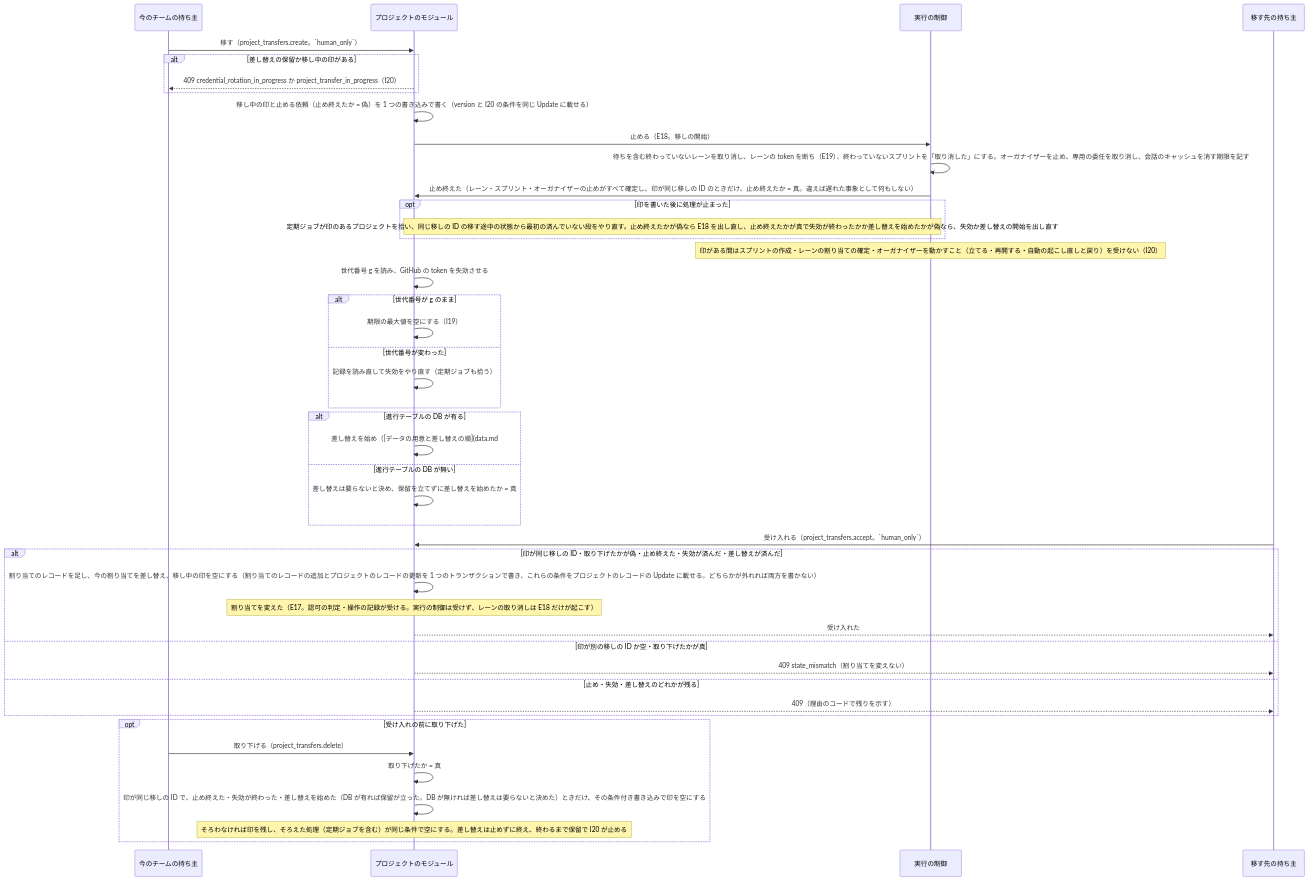
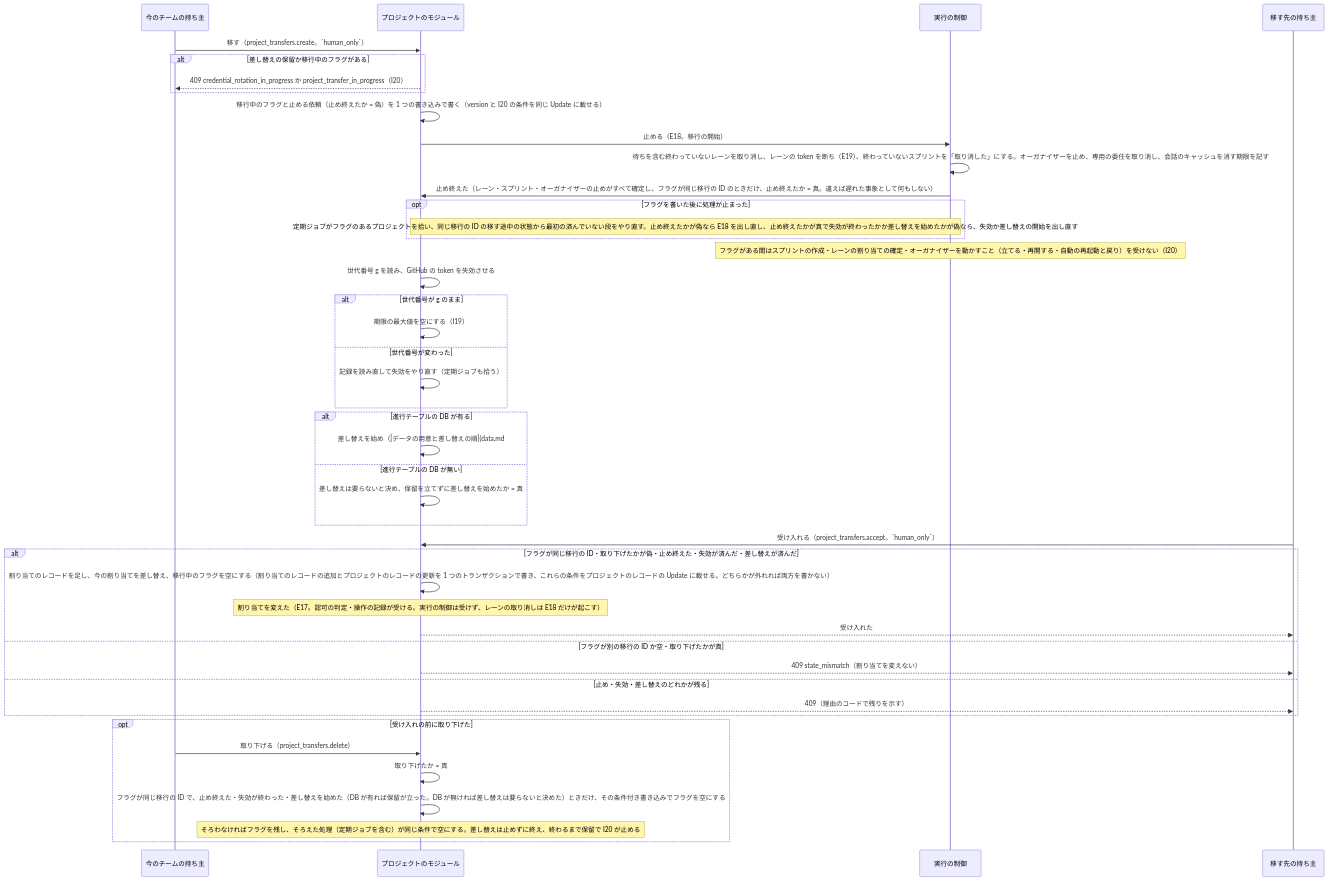
Before and after one commit to devbasex/nd-factory: the diagram in docs/design/overview.md, drawn with Mermaid. The commit also changed other lines of this file and 16 other files, not shown here.

First line of the commit message:
Docs: 設計書を通読し、エンジニアが使わない造語・直訳（道具・地図・頭書き・失敗のアイテムなど）を書き換える（利用者の指示）

````diff
--- a/docs/design/overview.md
+++ b/docs/design/overview.md
@@ -269,46 +269,46 @@
 ```mermaid
 sequenceDiagram
     participant O as 今のチームの持ち主
     participant P as プロジェクトのモジュール
     participant X as 実行の制御
     participant T as 移す先の持ち主
     O->>P: 移す（project_transfers.create。`human_only`）
-    alt 差し替えの保留か移し中の印がある
+    alt 差し替えの保留か移行中のフラグがある
         P-->>O: 409 credential_rotation_in_progress か project_transfer_in_progress（I20）
     end
-    P->>P: 移し中の印と止める依頼（止め終えたか = 偽）を 1 つの書き込みで書く（version と I20 の条件を同じ Update に載せる）
-    P->>X: 止める（E18。移しの開始）
+    P->>P: 移行中のフラグと止める依頼（止め終えたか = 偽）を 1 つの書き込みで書く（version と I20 の条件を同じ Update に載せる）
+    P->>X: 止める（E18。移行の開始）
     X->>X: 待ちを含む終わっていないレーンを取り消し、レーンの token を断ち（E19）、終わっていないスプリントを「取り消した」にする。オーガナイザーを止め、専用の委任を取り消し、会話のキャッシュを消す期限を記す
-    X->>P: 止め終えた（レーン・スプリント・オーガナイザーの止めがすべて確定し、印が同じ移しの ID のときだけ、止め終えたか = 真。違えば遅れた事象として何もしない）
-    opt 印を書いた後に処理が止まった
-        Note over P,X: 定期ジョブが印のあるプロジェクトを拾い、同じ移しの ID の移す途中の状態から最初の済んでいない段をやり直す。止め終えたかが偽なら E18 を出し直し、止め終えたかが真で失効が終わったかか差し替えを始めたかが偽なら、失効か差し替えの開始を出し直す
+    X->>P: 止め終えた（レーン・スプリント・オーガナイザーの止めがすべて確定し、フラグが同じ移行の ID のときだけ、止め終えたか = 真。違えば遅れた事象として何もしない）
+    opt フラグを書いた後に処理が止まった
+        Note over P,X: 定期ジョブがフラグのあるプロジェクトを拾い、同じ移行の ID の移す途中の状態から最初の済んでいない段をやり直す。止め終えたかが偽なら E18 を出し直し、止め終えたかが真で失効が終わったかか差し替えを始めたかが偽なら、失効か差し替えの開始を出し直す
     end
-    Note over X: 印がある間はスプリントの作成・レーンの割り当ての確定・オーガナイザーを動かすこと（立てる・再開する・自動の起こし直しと戻り）を受けない（I20）
+    Note over X: フラグがある間はスプリントの作成・レーンの割り当ての確定・オーガナイザーを動かすこと（立てる・再開する・自動の再起動と戻り）を受けない（I20）
     P->>P: 世代番号 g を読み、GitHub の token を失効させる
     alt 世代番号が g のまま
         P->>P: 期限の最大値を空にする（I19）
     else 世代番号が変わった
         P->>P: 記録を読み直して失効をやり直す（定期ジョブも拾う）
     end
     alt 進行テーブルの DB が有る
         P->>P: 差し替えを始め（[データの用意と差し替えの順](data.md#用意と差し替えの順)。保留を立てる）、同じ書き込みで差し替えを始めたか = 真
     else 進行テーブルの DB が無い
         P->>P: 差し替えは要らないと決め、保留を立てずに差し替えを始めたか = 真
     end
     T->>P: 受け入れる（project_transfers.accept。`human_only`）
-    alt 印が同じ移しの ID・取り下げたかが偽・止め終えた・失効が済んだ・差し替えが済んだ
-        P->>P: 割り当てのレコードを足し、今の割り当てを差し替え、移し中の印を空にする（割り当てのレコードの追加とプロジェクトのレコードの更新を 1 つのトランザクションで書き、これらの条件をプロジェクトのレコードの Update に載せる。どちらかが外れれば両方を書かない）
+    alt フラグが同じ移行の ID・取り下げたかが偽・止め終えた・失効が済んだ・差し替えが済んだ
+        P->>P: 割り当てのレコードを足し、今の割り当てを差し替え、移行中のフラグを空にする（割り当てのレコードの追加とプロジェクトのレコードの更新を 1 つのトランザクションで書き、これらの条件をプロジェクトのレコードの Update に載せる。どちらかが外れれば両方を書かない）
         Note over P: 割り当てを変えた（E17。認可の判定・操作の記録が受ける。実行の制御は受けず、レーンの取り消しは E18 だけが起こす）
         P-->>T: 受け入れた
-    else 印が別の移しの ID か空・取り下げたかが真
+    else フラグが別の移行の ID か空・取り下げたかが真
         P-->>T: 409 state_mismatch（割り当てを変えない）
     else 止め・失効・差し替えのどれかが残る
         P-->>T: 409（理由のコードで残りを示す）
     end
     opt 受け入れの前に取り下げた
         O->>P: 取り下げる（project_transfers.delete）
         P->>P: 取り下げたか = 真
-        P->>P: 印が同じ移しの ID で、止め終えた・失効が終わった・差し替えを始めた（DB が有れば保留が立った。DB が無ければ差し替えは要らないと決めた）ときだけ、その条件付き書き込みで印を空にする
-        Note over P: そろわなければ印を残し、そろえた処理（定期ジョブを含む）が同じ条件で空にする。差し替えは止めずに終え、終わるまで保留で I20 が止める
+        P->>P: フラグが同じ移行の ID で、止め終えた・失効が終わった・差し替えを始めた（DB が有れば保留が立った。DB が無ければ差し替えは要らないと決めた）ときだけ、その条件付き書き込みでフラグを空にする
+        Note over P: そろわなければフラグを残し、そろえた処理（定期ジョブを含む）が同じ条件で空にする。差し替えは止めずに終え、終わるまで保留で I20 が止める
     end
 ```
````
